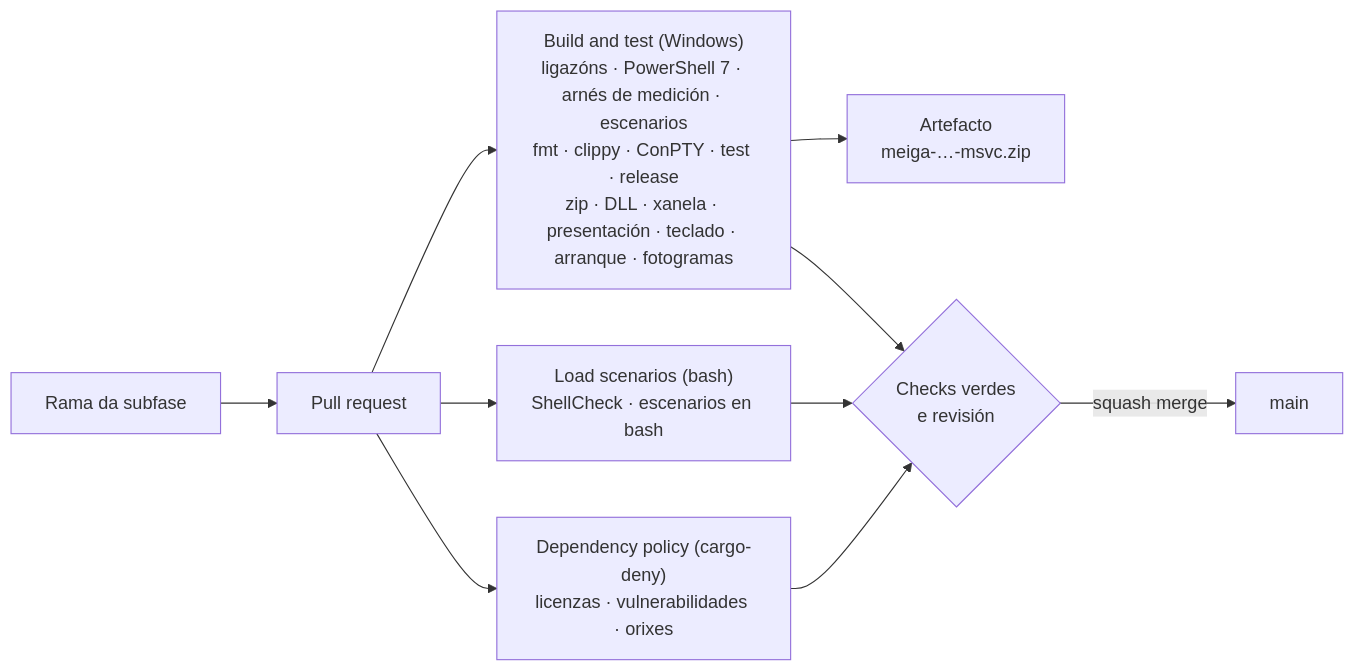
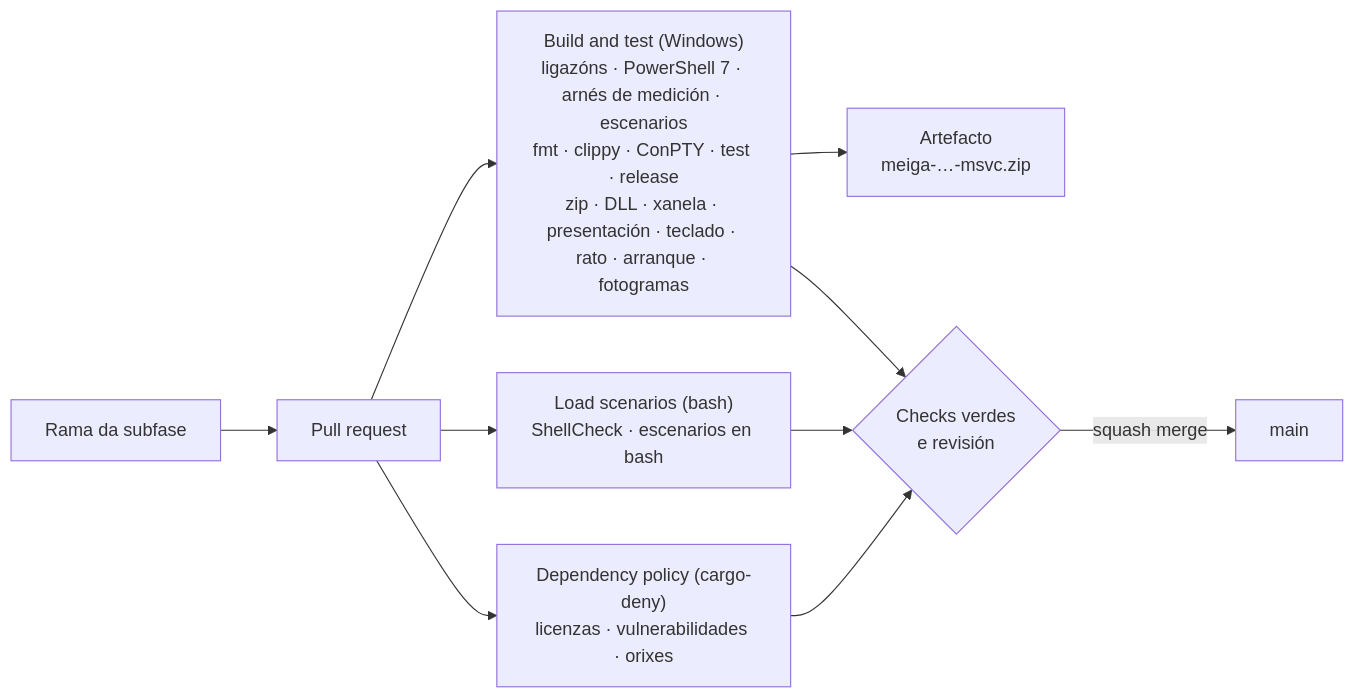
Before and after one commit to NewHouses/meiga: the tenth of 12 diagrams in docs/arquitectura.md, drawn with Mermaid. The commit also changed other lines of this file and 36 other files, not shown here.

````diff
--- a/docs/arquitectura.md
+++ b/docs/arquitectura.md
@@ -263,12 +296,12 @@
 ```mermaid
 flowchart LR
     rama["Rama da subfase"] --> pr["Pull request"]
-    pr --> win["Build and test (Windows)<br/>ligazóns · PowerShell 7 · arnés de medición · escenarios<br/>fmt · clippy · ConPTY · test · release<br/>zip · DLL · xanela · presentación · teclado · arranque · fotogramas"]
+    pr --> win["Build and test (Windows)<br/>ligazóns · PowerShell 7 · arnés de medición · escenarios<br/>fmt · clippy · ConPTY · test · release<br/>zip · DLL · xanela · presentación · teclado · rato · arranque · fotogramas"]
     pr --> scen["Load scenarios (bash)<br/>ShellCheck · escenarios en bash"]
     pr --> deny["Dependency policy (cargo-deny)<br/>licenzas · vulnerabilidades · orixes"]
     win --> art["Artefacto<br/>meiga-…-msvc.zip"]
     win --> ok{"Checks verdes<br/>e revisión"}
     scen --> ok
     deny --> ok
     ok -->|squash merge| main["main"]
 ```
````
